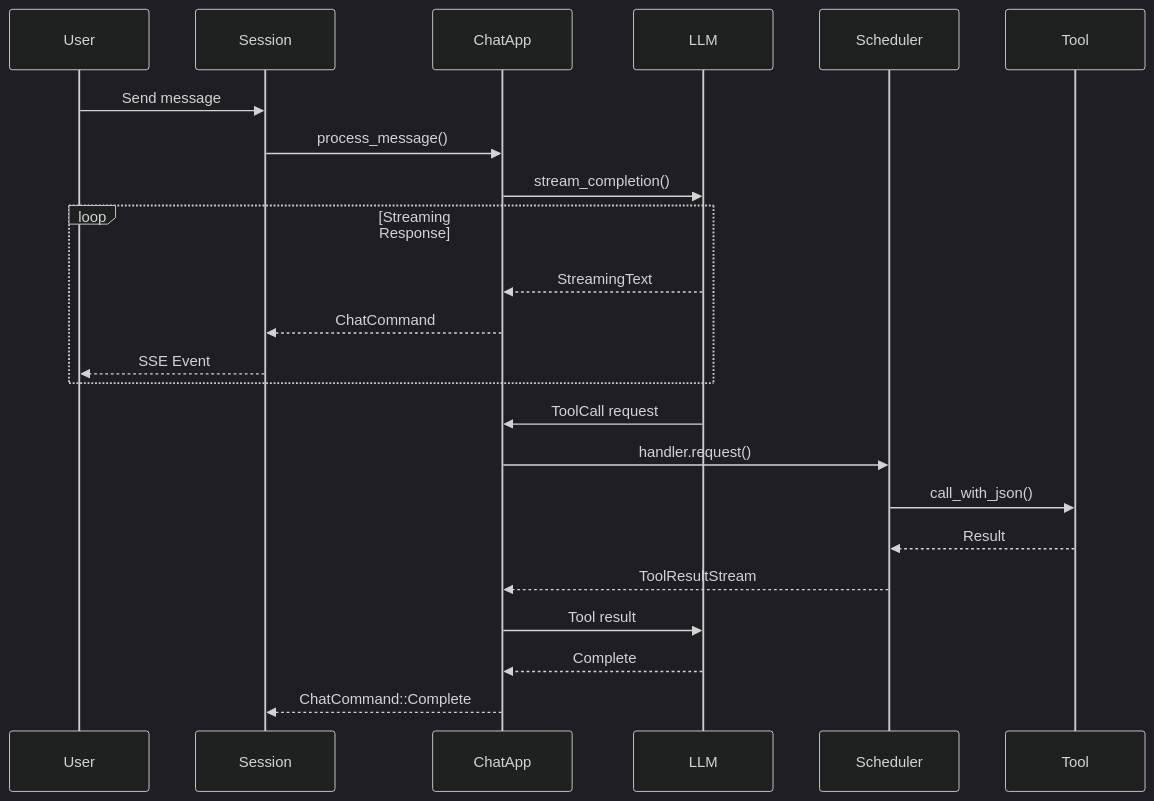
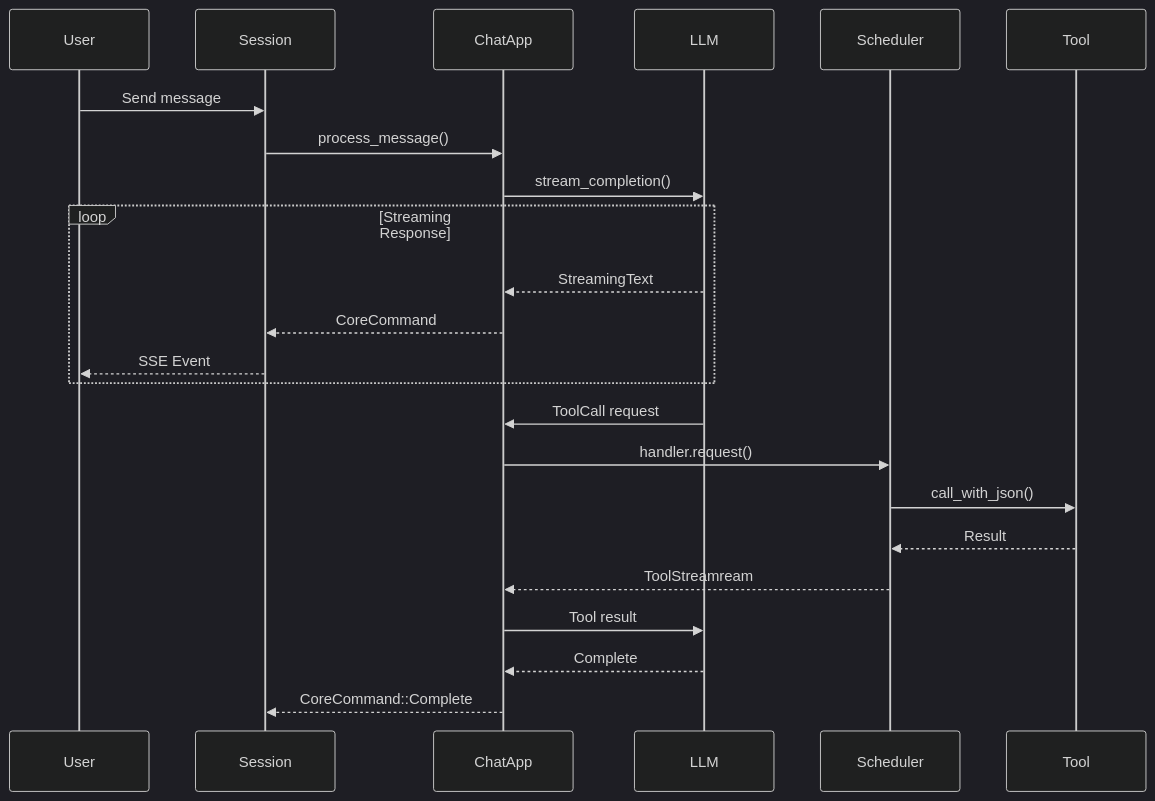
One commit to aomi-labs/product-mono changed the third of 7 diagrams in docs/architecture.md. Above: the diagram before and after it, drawn with Mermaid (dark theme). The commit also changed other lines of this file and 32 other files, not shown here.

````diff
--- a/docs/architecture.md
+++ b/docs/architecture.md
@@ -193,29 +193,29 @@
 ```mermaid
 sequenceDiagram
     participant User
     participant Session
     participant ChatApp
     participant LLM
     participant Scheduler
     participant Tool
 
     User->>Session: Send message
     Session->>ChatApp: process_message()
     ChatApp->>LLM: stream_completion()
 
     loop Streaming Response
         LLM-->>ChatApp: StreamingText
-        ChatApp-->>Session: ChatCommand
+        ChatApp-->>Session: CoreCommand
         Session-->>User: SSE Event
     end
 
     LLM->>ChatApp: ToolCall request
     ChatApp->>Scheduler: handler.request()
     Scheduler->>Tool: call_with_json()
     Tool-->>Scheduler: Result
-    Scheduler-->>ChatApp: ToolResultStream
+    Scheduler-->>ChatApp: ToolStreamream
     ChatApp->>LLM: Tool result
 
     LLM-->>ChatApp: Complete
-    ChatApp-->>Session: ChatCommand::Complete
+    ChatApp-->>Session: CoreCommand::Complete
 ```
````
